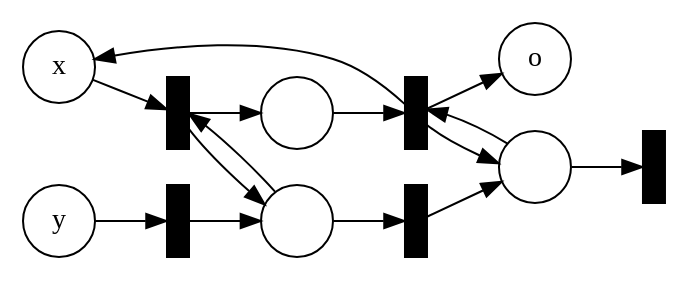
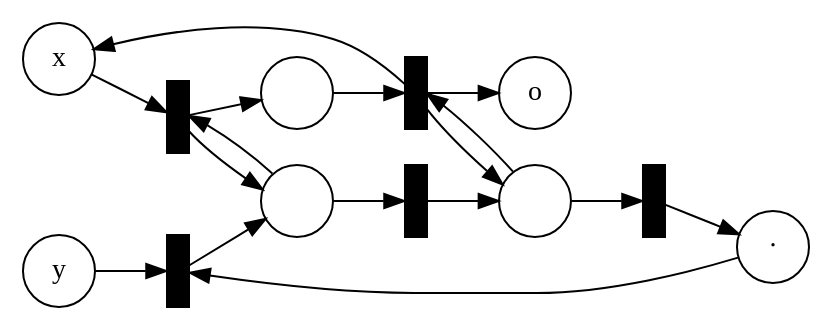
One commit to dzufferey/dzufferey.github.io changed the second of 7 diagrams in concurrency_theory_2019/exercises/solutions_3.md. Above: the diagram before and after it, drawn with Graphviz. The commit also changed other lines of this file, not shown here.

````diff
--- a/concurrency_theory_2019/exercises/solutions_3.md
+++ b/concurrency_theory_2019/exercises/solutions_3.md
@@ -74,30 +74,33 @@
 ```graphviz
 digraph PN {
 	rankdir=LR;
     node [shape = circle, fixedsize = true, width = 0.5] x;
     node [shape = circle, fixedsize = true, width = 0.5] y;
     node [shape = circle, fixedsize = true, width = 0.5] o;
     node [shape = circle, fixedsize = true, width = 0.5, label = ""] a;
     node [shape = circle, fixedsize = true, width = 0.5, label = ""] b;
     node [shape = circle, fixedsize = true, width = 0.5, label = ""] c;
+    node [shape = circle, fixedsize = true, width = 0.5, label = "∙"] d;
 
     node [shape = box, label = "", style = filled, fillcolor = black, fixedsize = true, width = 0.15];
     x -> t1;
     t1 -> a;
     a -> t2;
     t2 -> o;
     t2 -> x;
     y -> t3;
     t3 -> b;
     b -> t4;
     t4 -> c;
     c -> t5;
     b -> t1;
     t1 -> b;
     c -> t2;
     t2 -> c;
+    t5 -> d;
+    d -> t3;
     
     {rank = same; x; y;}
     {rank = same; t1; t3;}
 }
 ```
````
